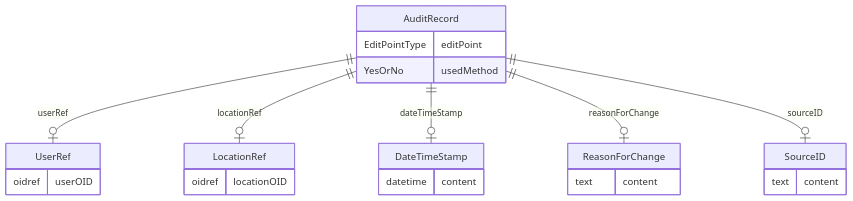
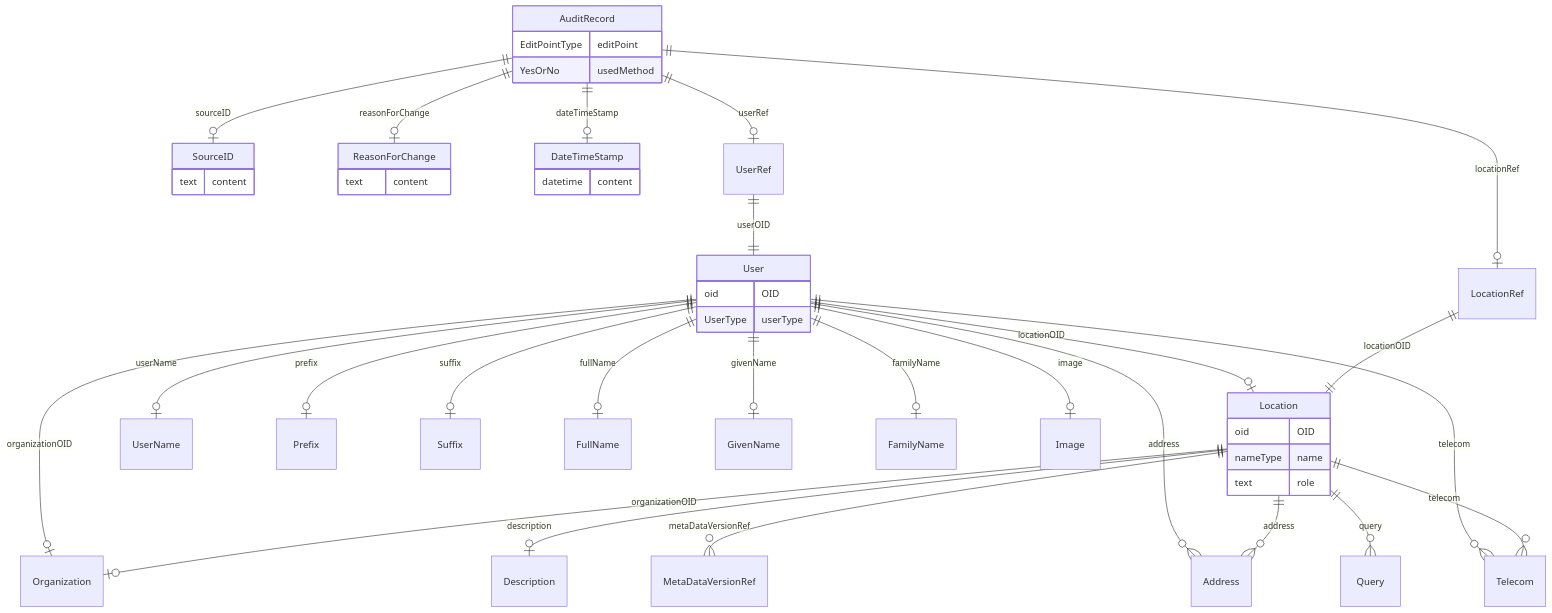
Before and after one commit to cdisc-org/DataExchange-ODM-LinkML: the diagram in docs/AuditRecord.md, drawn with Mermaid. The commit also changed other lines of this file and 338 other files, not shown here.

Commit message:
improved references by detecting targets for oidref type slots

````diff
--- a/docs/AuditRecord.md
+++ b/docs/AuditRecord.md
@@ -11,29 +11,57 @@
 ```mermaid
 erDiagram
 AuditRecord {
     EditPointType editPoint  
     YesOrNo usedMethod  
 }
 SourceID {
     text content  
 }
 ReasonForChange {
     text content  
 }
 DateTimeStamp {
     datetime content  
 }
 LocationRef {
-    oidref locationOID  
+
+}
+Location {
+    oid OID  
+    nameType name  
+    text role  
 }
 UserRef {
-    oidref userOID  
+
+}
+User {
+    oid OID  
+    UserType userType  
 }
 
 AuditRecord ||--|o UserRef : "userRef"
 AuditRecord ||--|o LocationRef : "locationRef"
 AuditRecord ||--|o DateTimeStamp : "dateTimeStamp"
 AuditRecord ||--|o ReasonForChange : "reasonForChange"
 AuditRecord ||--|o SourceID : "sourceID"
+LocationRef ||--|| Location : "locationOID"
+Location ||--|o Organization : "organizationOID"
+Location ||--|o Description : "description"
+Location ||--}o MetaDataVersionRef : "metaDataVersionRef"
+Location ||--}o Address : "address"
+Location ||--}o Telecom : "telecom"
+Location ||--}o Query : "query"
+UserRef ||--|| User : "userOID"
+User ||--|o Organization : "organizationOID"
+User ||--|o Location : "locationOID"
+User ||--|o UserName : "userName"
+User ||--|o Prefix : "prefix"
+User ||--|o Suffix : "suffix"
+User ||--|o FullName : "fullName"
+User ||--|o GivenName : "givenName"
+User ||--|o FamilyName : "familyName"
+User ||--|o Image : "image"
+User ||--}o Address : "address"
+User ||--}o Telecom : "telecom"
 
 ```
````
